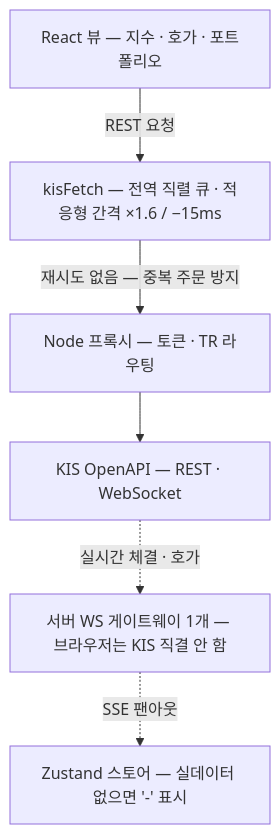
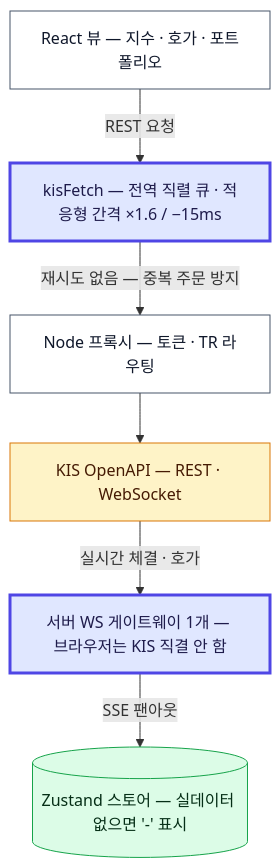
Before and after one commit to gook-lab/pulse-dashboard: the diagram in docs/diagrams/kis-data-flow.mmd, drawn with Mermaid. The commit also changed 1 other file, not shown here.

Commit message:
docs: 다이어그램 색상·선 규약 적용 + 불투명 배경
Claude-Session: https://claude.ai/code/session_0178WXK6HQCrR6NYPYV2eBEP

```diff
--- a/docs/diagrams/kis-data-flow.mmd
+++ b/docs/diagrams/kis-data-flow.mmd
@@ -1,6 +1,15 @@
 flowchart TD
   VIEW["React 뷰 — 지수 · 호가 · 포트폴리오"] -->|REST 요청| GATE["kisFetch — 전역 직렬 큐 · 적응형 간격 ×1.6 / −15ms"]
   GATE -->|"재시도 없음 — 중복 주문 방지"| PROXY["Node 프록시 — 토큰 · TR 라우팅"]
   PROXY --> KIS["KIS OpenAPI — REST · WebSocket"]
-  KIS -.->|"실시간 체결 · 호가"| WSGW["서버 WS 게이트웨이 1개 — 브라우저는 KIS 직결 안 함"]
-  WSGW -.->|"SSE 팬아웃"| STORE["Zustand 스토어 — 실데이터 없으면 '-' 표시"]
+  KIS -->|"실시간 체결 · 호가"| WSGW["서버 WS 게이트웨이 1개 — 브라우저는 KIS 직결 안 함"]
+  WSGW -->|"SSE 팬아웃"| STORE[("Zustand 스토어 — 실데이터 없으면 '-' 표시")]
+
+  classDef core fill:#e0e7ff,stroke:#4f46e5,color:#1e1b4b,stroke-width:3
+  classDef view fill:#ffffff,stroke:#475569,color:#0f172a
+  classDef store fill:#dcfce7,stroke:#16a34a,color:#052e16
+  classDef external fill:#fef3c7,stroke:#d97706,color:#451a03
+  class GATE,WSGW core
+  class VIEW,PROXY view
+  class KIS external
+  class STORE store
```
